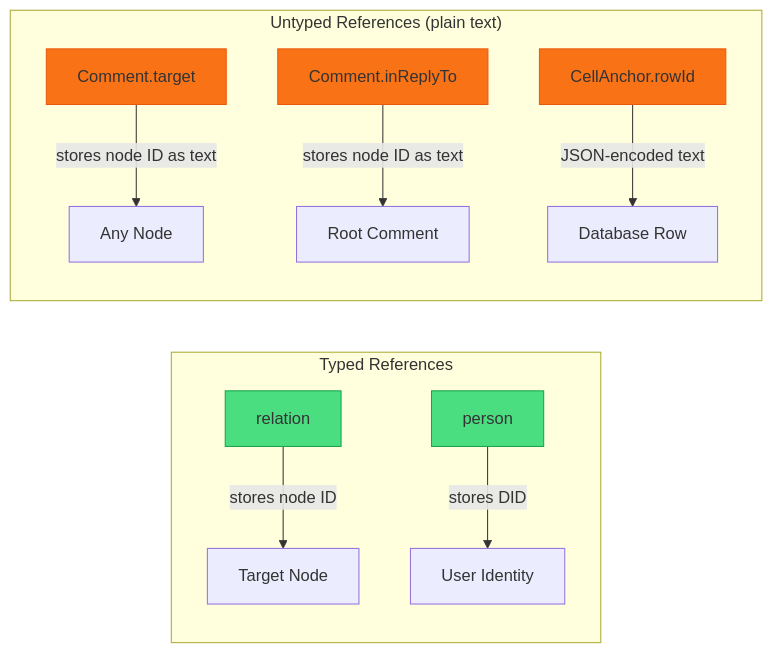
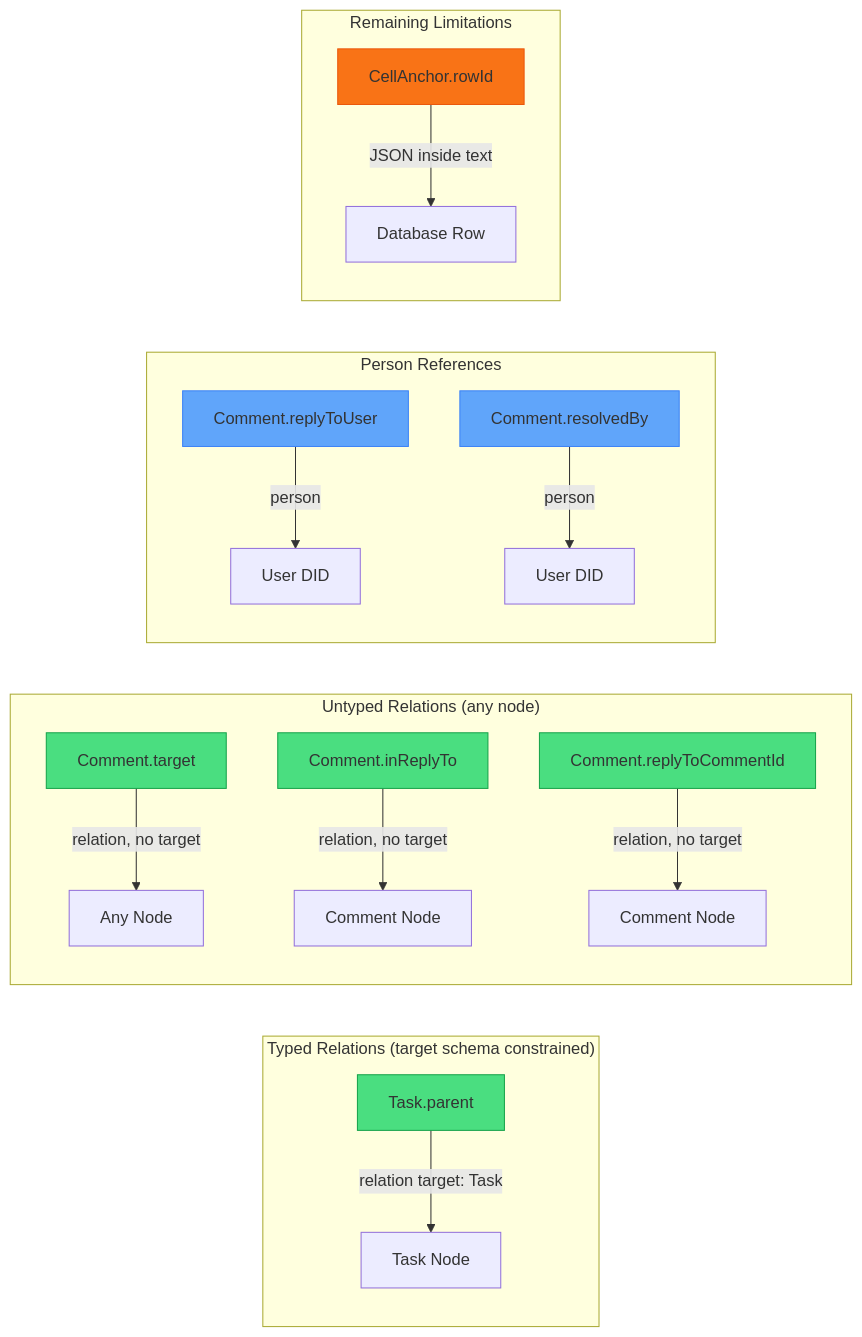
The first of 3 diagrams in docs/explorations/0039_TEMPID_AND_REF_TYPES.md (crs48/xNet), drawn with Mermaid before and after one commit. The commit also changed other lines of this file, not shown here.

Commit message:
docs: update exploration doc to reflect relation() as universal FK type

````diff
--- a/docs/explorations/0039_TEMPID_AND_REF_TYPES.md
+++ b/docs/explorations/0039_TEMPID_AND_REF_TYPES.md
@@ -117,19 +132,29 @@
 ```mermaid
 graph LR
-    subgraph "Typed References"
-        A[relation] -->|stores node ID| B[Target Node]
-        C[person] -->|stores DID| D[User Identity]
+    subgraph "Typed Relations (target schema constrained)"
+        A[Task.parent] -->|relation target: Task| B[Task Node]
     end
 
-    subgraph "Untyped References (plain text)"
-        E[Comment.target] -->|stores node ID as text| F[Any Node]
-        G[Comment.inReplyTo] -->|stores node ID as text| H[Root Comment]
-        I[CellAnchor.rowId] -->|JSON-encoded text| J[Database Row]
+    subgraph "Untyped Relations (any node)"
+        C[Comment.target] -->|relation, no target| D[Any Node]
+        E[Comment.inReplyTo] -->|relation, no target| F[Comment Node]
+        G[Comment.replyToCommentId] -->|relation, no target| H[Comment Node]
+    end
+
+    subgraph "Person References"
+        I[Comment.replyToUser] -->|person| J[User DID]
+        K[Comment.resolvedBy] -->|person| L[User DID]
+    end
+
+    subgraph "Remaining Limitations"
+        M[CellAnchor.rowId] -->|JSON inside text| N[Database Row]
     end
 
     style A fill:#4ade80,stroke:#16a34a
     style C fill:#4ade80,stroke:#16a34a
-    style E fill:#f97316,stroke:#ea580c
-    style G fill:#f97316,stroke:#ea580c
-    style I fill:#f97316,stroke:#ea580c
+    style E fill:#4ade80,stroke:#16a34a
+    style G fill:#4ade80,stroke:#16a34a
+    style I fill:#60a5fa,stroke:#3b82f6
+    style K fill:#60a5fa,stroke:#3b82f6
+    style M fill:#f97316,stroke:#ea580c
 ```
````
